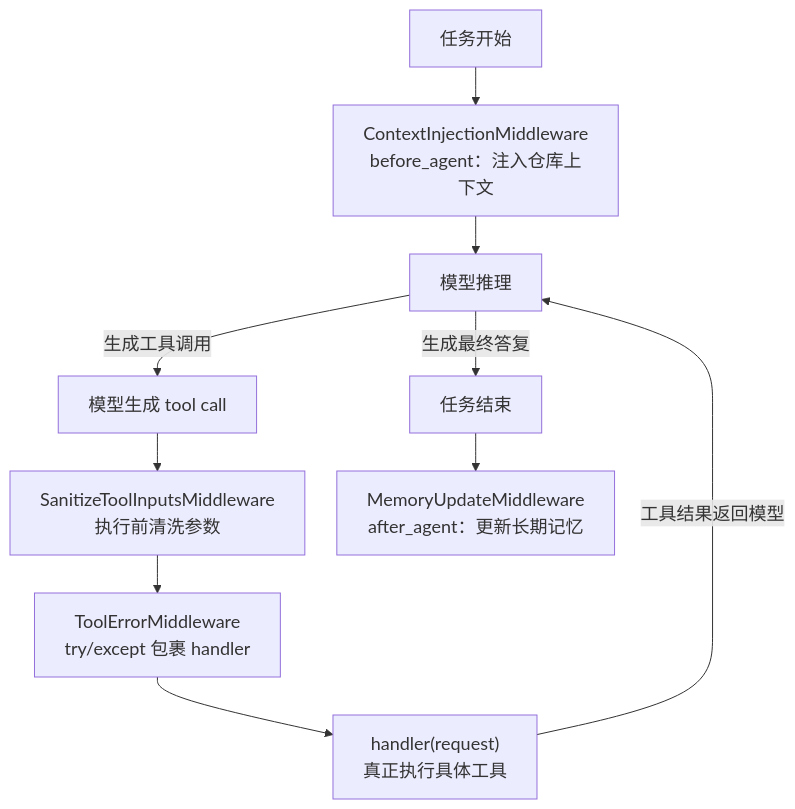
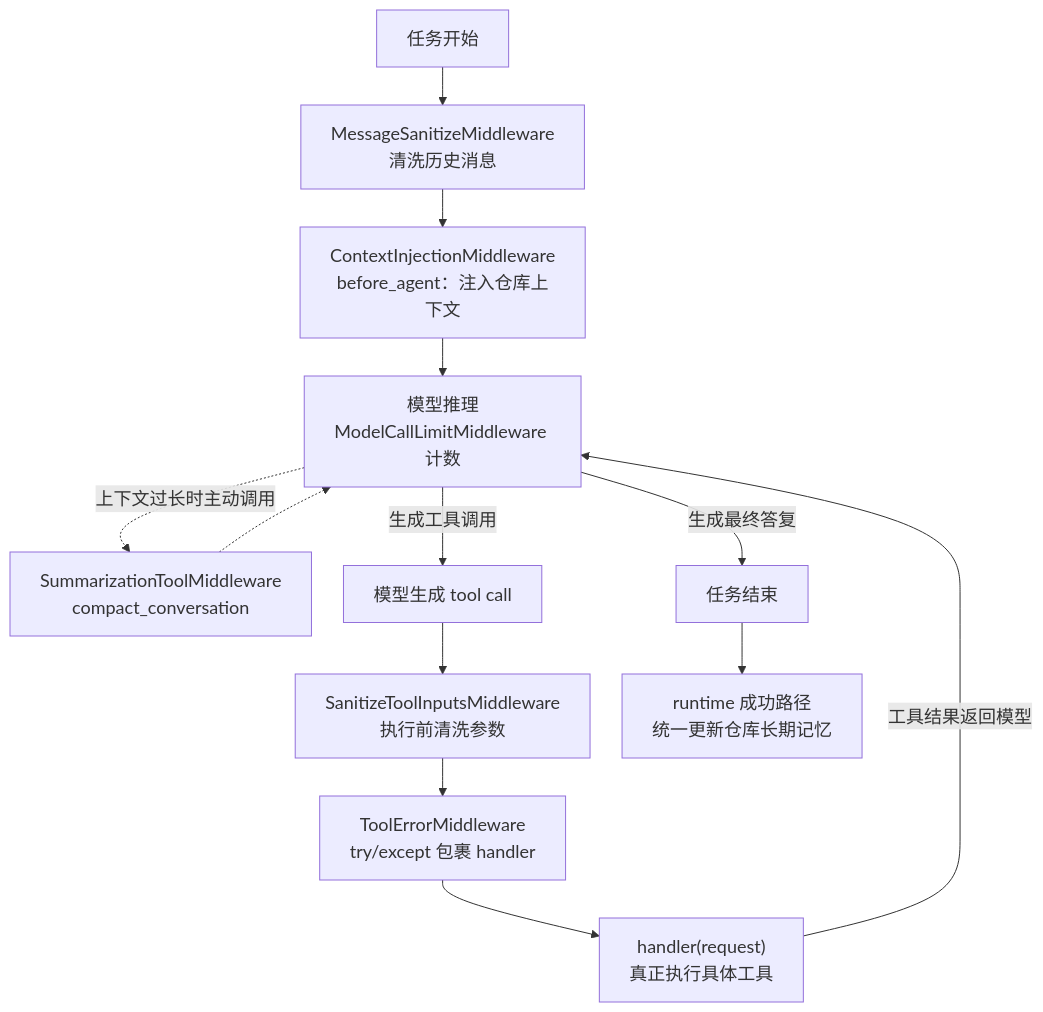
One commit to liqiangZzz/LQ_AICoding changed the first of 2 diagrams in agent/core/middleware/中间件总览.md. Above: the diagram before and after it, drawn with Mermaid. The commit also changed other lines of this file and 8 other files, not shown here.

````diff
--- a/agent/core/middleware/中间件总览.md
+++ b/agent/core/middleware/中间件总览.md
@@ -23,13 +24,16 @@
 ```mermaid
 %%{init: {"themeVariables": {"fontSize": "18px"}, "flowchart": {"nodeSpacing": 32, "rankSpacing": 38}}}%%
 flowchart TB
-    A["任务开始"] --> B["ContextInjectionMiddleware<br/>before_agent：注入仓库上下文"]
-    B --> C["模型推理"]
+    A["任务开始"] --> A1["MessageSanitizeMiddleware<br/>清洗历史消息"]
+    A1 --> B["ContextInjectionMiddleware<br/>before_agent：注入仓库上下文"]
+    B --> C["模型推理<br/>ModelCallLimitMiddleware 计数"]
+    C -.->|上下文过长时主动调用| C1["SummarizationToolMiddleware<br/>compact_conversation"]
+    C1 -.-> C
     C -->|生成工具调用| D["模型生成 tool call"]
     D --> E["SanitizeToolInputsMiddleware<br/>执行前清洗参数"]
     E --> F["ToolErrorMiddleware<br/>try/except 包裹 handler"]
     F --> G["handler(request)<br/>真正执行具体工具"]
     G -->|工具结果返回模型| C
     C -->|生成最终答复| H["任务结束"]
-    H --> I["MemoryUpdateMiddleware<br/>after_agent：更新长期记忆"]
+    H --> I["runtime 成功路径<br/>统一更新仓库长期记忆"]
 ```
````
